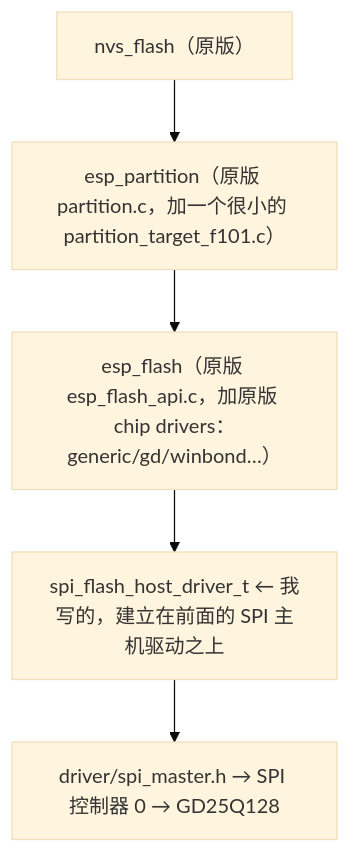
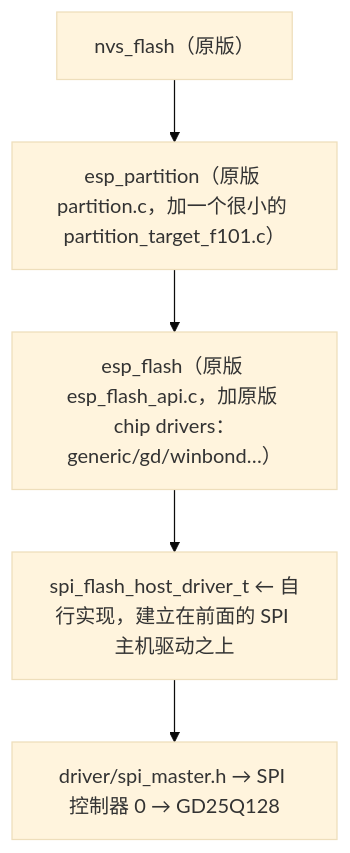
Before and after one commit to YuzukiTsuru/YuzukiTsuru.GitHub.io: the second of 2 diagrams in source/_posts/2026-10-05-f101-esp-idf.md, drawn with Mermaid (base theme). The commit also changed other lines of this file and 2 other files, not shown here.

````diff
--- a/source/_posts/2026-10-05-f101-esp-idf.md
+++ b/source/_posts/2026-10-05-f101-esp-idf.md
@@ -603,7 +618,7 @@
 ```mermaid
 flowchart TD
     A["nvs_flash（原版）"] --> B["esp_partition（原版 partition.c，加一个很小的 partition_target_f101.c）"]
     B --> C["esp_flash（原版 esp_flash_api.c，加原版 chip drivers：generic/gd/winbond…）"]
-    C --> D["spi_flash_host_driver_t ← 我写的，建立在前面的 SPI 主机驱动之上"]
+    C --> D["spi_flash_host_driver_t ← 自行实现，建立在前面的 SPI 主机驱动之上"]
     D --> E["driver/spi_master.h → SPI 控制器 0 → GD25Q128"]
 ```
````
